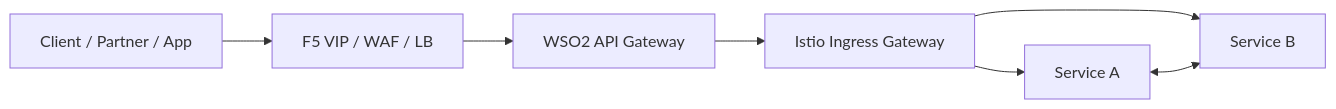
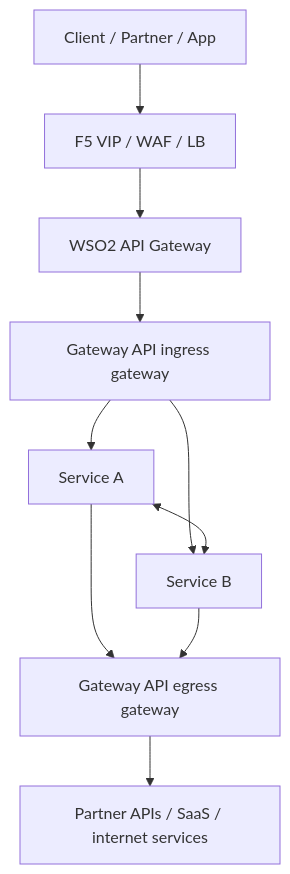
Before and after one commit to zeshaq/tutorials-presentations-docs: the first of 4 diagrams in gateway patterns/03-recommended-pattern-f5-wso2-istio.md, drawn with Mermaid. The commit also changed other lines of this file and 10 other files, not shown here.

````diff
--- a/gateway patterns/03-recommended-pattern-f5-wso2-istio.md
+++ b/gateway patterns/03-recommended-pattern-f5-wso2-istio.md
@@ -7,9 +7,12 @@
 ```mermaid
-flowchart LR
+flowchart TB
     C["Client / Partner / App"] --> F5["F5 VIP / WAF / LB"]
     F5 --> WSO2["WSO2 API Gateway"]
-    WSO2 --> IGW["Istio Ingress Gateway"]
+    WSO2 --> IGW["Gateway API ingress gateway"]
     IGW --> SVC1["Service A"]
     IGW --> SVC2["Service B"]
     SVC1 <--> SVC2
+    SVC1 --> EGW["Gateway API egress gateway"]
+    SVC2 --> EGW
+    EGW --> EXT["Partner APIs / SaaS / internet services"]
 ```
````
